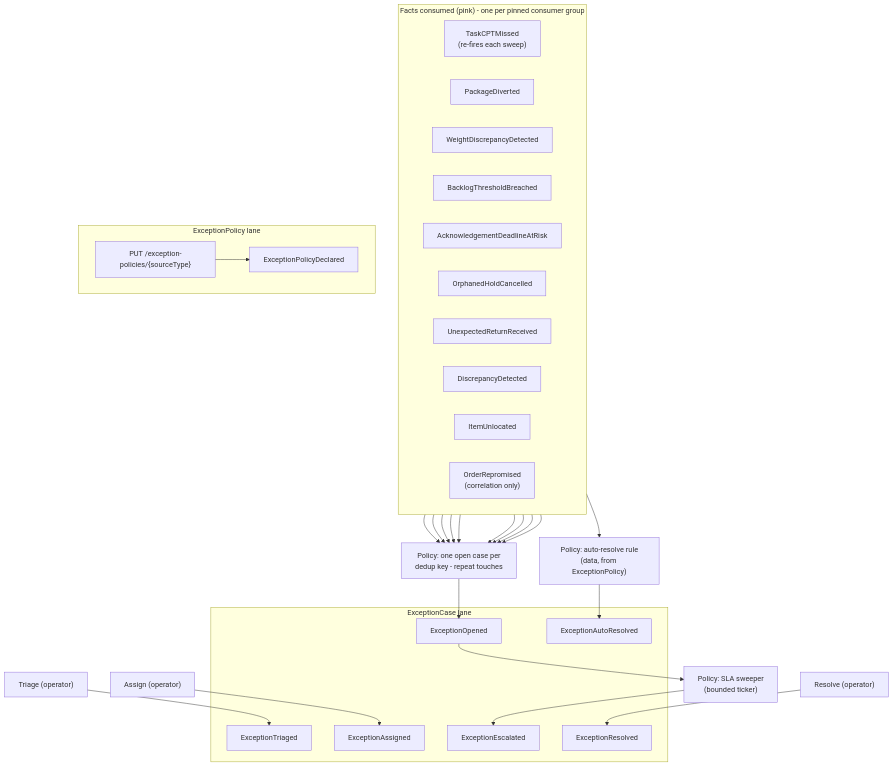
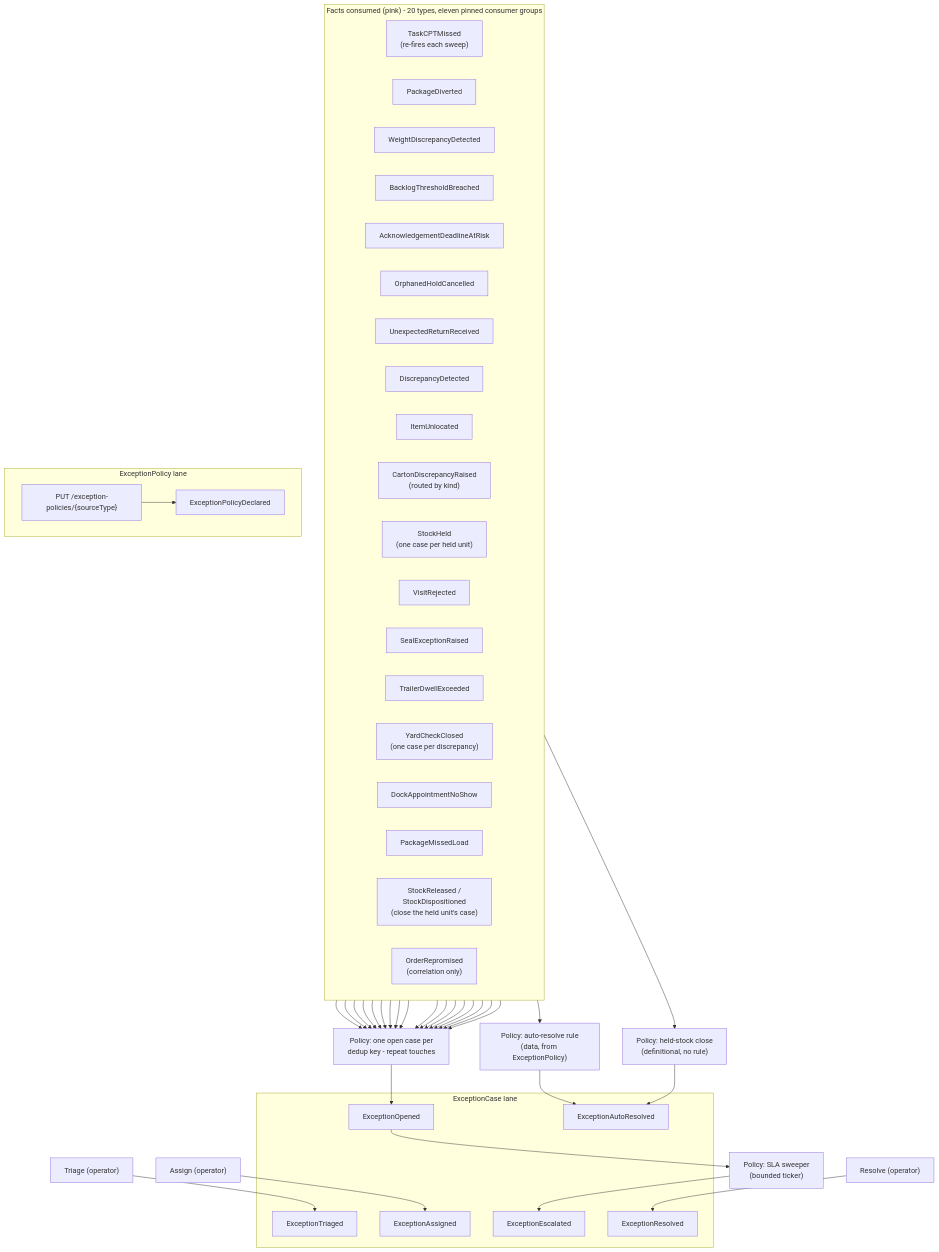
The diagram in docs/docs/ddd/eventstorming.md (IQVO/exception-management), drawn with Mermaid before and after one commit. The commit also changed other lines of this file and 16 other files, not shown here.

First line of the commit message:
docs(exception-management): reconcile consumer counts, use cases and sources with the code

````diff
--- a/docs/docs/ddd/eventstorming.md
+++ b/docs/docs/ddd/eventstorming.md
@@ -16,57 +16,77 @@
 ```mermaid
 flowchart TB
-    subgraph SOURCES["Facts consumed (pink) - one per pinned consumer group"]
+    subgraph SOURCES["Facts consumed (pink) - 20 types, eleven pinned consumer groups"]
         direction LR
         F1["TaskCPTMissed<br/>(re-fires each sweep)"]
         F2["PackageDiverted"]
         F3["WeightDiscrepancyDetected"]
         F4["BacklogThresholdBreached"]
         F5["AcknowledgementDeadlineAtRisk"]
         F6["OrphanedHoldCancelled"]
         F7["UnexpectedReturnReceived"]
         F8["DiscrepancyDetected"]
         F9["ItemUnlocated"]
+        F10["CartonDiscrepancyRaised<br/>(routed by kind)"]
+        F11["StockHeld<br/>(one case per held unit)"]
+        F12["VisitRejected"]
+        F13["SealExceptionRaised"]
+        F14["TrailerDwellExceeded"]
+        F15["YardCheckClosed<br/>(one case per discrepancy)"]
+        F16["DockAppointmentNoShow"]
+        F17["PackageMissedLoad"]
+        H1["StockReleased /<br/>StockDispositioned<br/>(close the held unit's case)"]
         R1["OrderRepromised<br/>(correlation only)"]
     end
 
     P1["Policy: one open case per<br/>dedup key - repeat touches"]
     P2["Policy: SLA sweeper<br/>(bounded ticker)"]
     P3["Policy: auto-resolve rule<br/>(data, from ExceptionPolicy)"]
+    P4["Policy: held-stock close<br/>(definitional, no rule)"]
 
     subgraph CASELANE["ExceptionCase lane"]
         E1["ExceptionOpened"]
         E2["ExceptionTriaged"]
         E3["ExceptionAssigned"]
         E4["ExceptionEscalated"]
         E5["ExceptionResolved"]
         E6["ExceptionAutoResolved"]
     end
 
     subgraph POLLANE["ExceptionPolicy lane"]
         C1["PUT /exception-policies/{sourceType}"]
         E7["ExceptionPolicyDeclared"]
     end
 
     T1["Triage (operator)"]
     T2["Assign (operator)"]
     T3["Resolve (operator)"]
 
     F1 --> P1
     F2 --> P1
     F3 --> P1
     F4 --> P1
     F5 --> P1
     F6 --> P1
     F7 --> P1
     F8 --> P1
     F9 --> P1
+    F10 --> P1
+    F11 --> P1
+    F12 --> P1
+    F13 --> P1
+    F14 --> P1
+    F15 --> P1
+    F16 --> P1
+    F17 --> P1
     P1 --> E1
     R1 --> P3
     P3 --> E6
+    H1 --> P4
+    P4 --> E6
     T1 --> E2
     T2 --> E3
     T3 --> E5
     P2 --> E4
     C1 --> E7
     E1 --> P2
 ```
````
